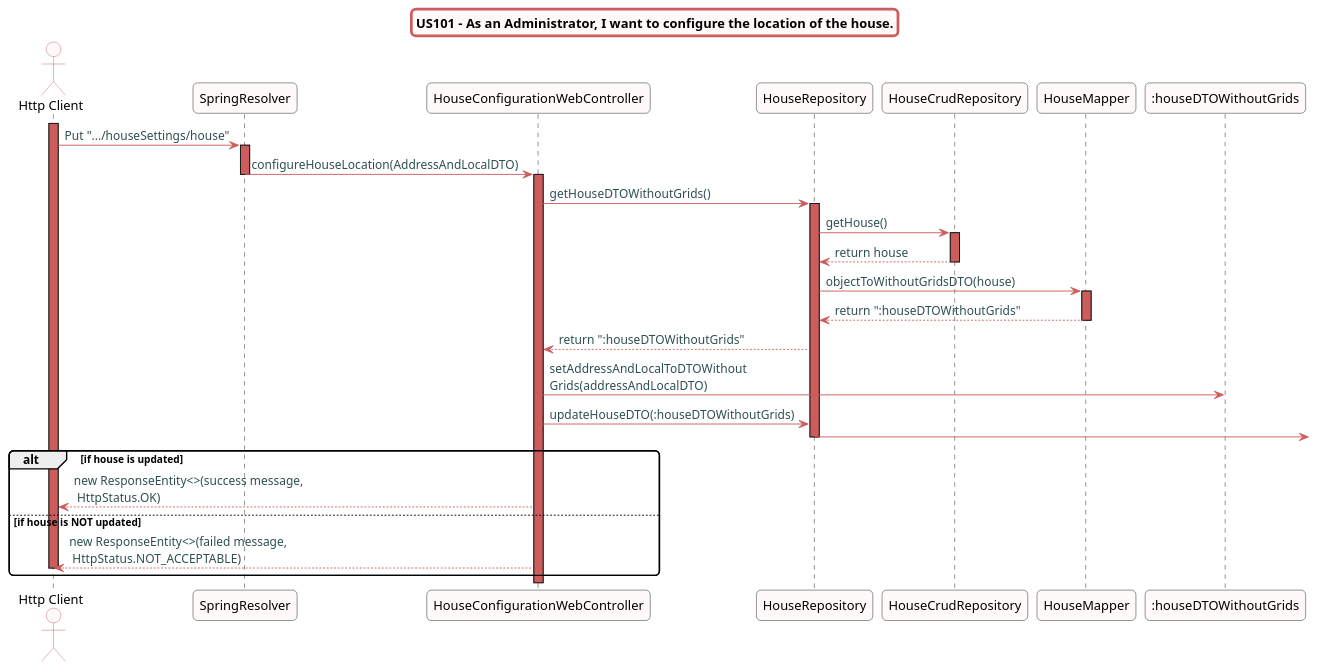
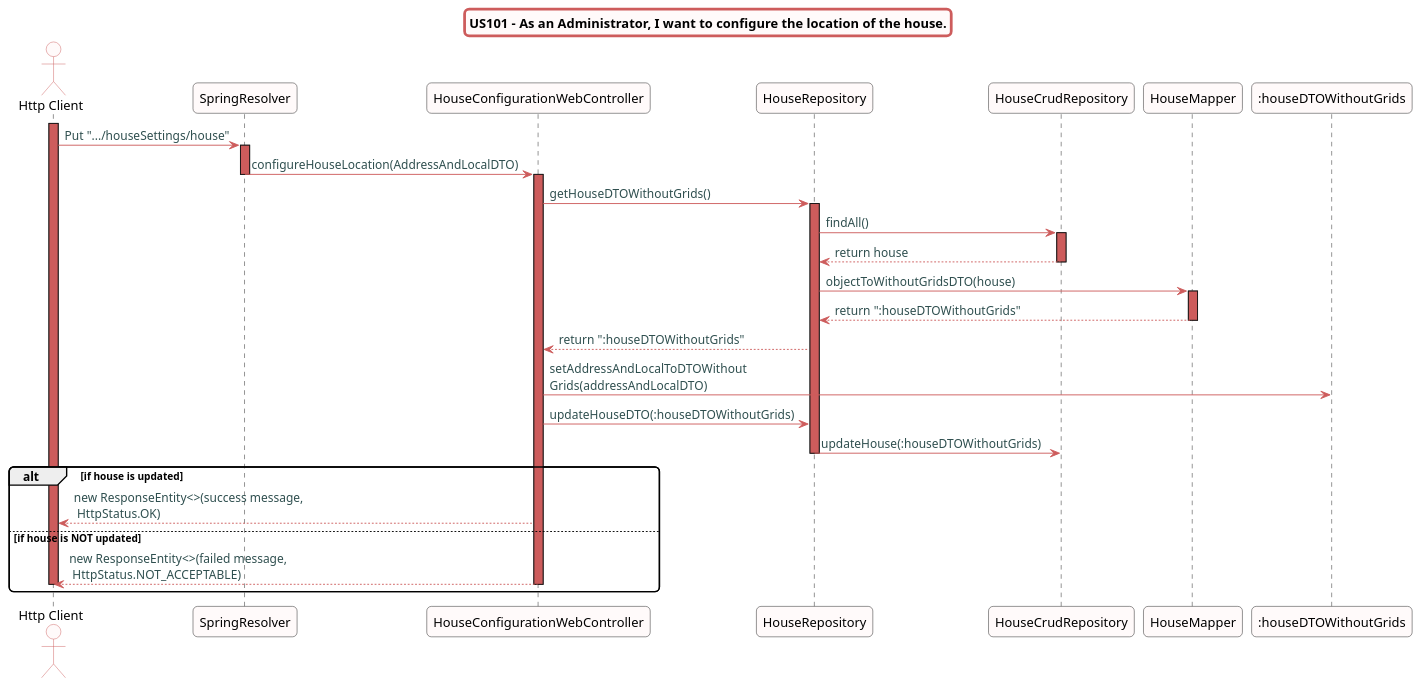
The diagram in src/doc/WEB_Controllers/HouseConfiguration/US101/US101_sd_HouseConfiguration.puml (Almadanmp/project), drawn with PlantUML before and after one commit. The commit also changed 1 other file, not shown here.

Commit message:
REF #360 #361 - updated diagrams.

```diff
--- a/src/doc/WEB_Controllers/HouseConfiguration/US101/US101_sd_HouseConfiguration.puml
+++ b/src/doc/WEB_Controllers/HouseConfiguration/US101/US101_sd_HouseConfiguration.puml
@@ -1,60 +1,60 @@
 @startuml
 
 skinparam titleBorderRoundCorner 10
 skinparam titleBorderThickness 3
 skinparam titleBorderColor indianred
 skinparam titleBackgroundColor snow
 skinparam FontName quicksand
 
 skinparam actor {
   BorderColor indianred
   backgroundColor Snow
   }
 
 skinparam sequence {
   LifeLineBackgroundColor indianred
   ParticipantBackgroundColor snow
 }
 
 skinparam roundcorner 10
 
 skinparam component {
   arrowThickness 1
   ArrowFontName Verdana
   ArrowColor indianred
   ArrowFontColor darkslategrey
 }
 
 title US101 - As an Administrator, I want to configure the location of the house.
 
 actor "Http Client"
 activate "Http Client"
 "Http Client" -> "SpringResolver":  Put ".../houseSettings/house"
 activate "SpringResolver"
 "SpringResolver" -> "HouseConfigurationWebController": configureHouseLocation(AddressAndLocalDTO)
 deactivate "SpringResolver"
 activate "HouseConfigurationWebController"
 "HouseConfigurationWebController" -> "HouseRepository": getHouseDTOWithoutGrids()
 activate "HouseRepository"
-"HouseRepository" -> "HouseCrudRepository": getHouse()
+"HouseRepository" -> "HouseCrudRepository": findAll()
 activate "HouseCrudRepository"
 "HouseCrudRepository" --> "HouseRepository": return house
 deactivate "HouseCrudRepository"
 "HouseRepository" -> "HouseMapper": objectToWithoutGridsDTO(house)
 activate "HouseMapper"
 "HouseMapper" --> "HouseRepository": return ":houseDTOWithoutGrids"
 deactivate "HouseMapper"
 "HouseRepository" --> "HouseConfigurationWebController": return ":houseDTOWithoutGrids"
 "HouseConfigurationWebController" -> ":houseDTOWithoutGrids":setAddressAndLocalToDTOWithout\nGrids(addressAndLocalDTO)
 "HouseConfigurationWebController" -> "HouseRepository": updateHouseDTO(:houseDTOWithoutGrids)
-"HouseRepository" ->
+"HouseRepository" -> "HouseCrudRepository": updateHouse(:houseDTOWithoutGrids)
 deactivate "HouseRepository"
 alt if house is updated
 "HouseConfigurationWebController" --> "Http Client": new ResponseEntity<>(success message,\n HttpStatus.OK)
 else if house is NOT updated
 "HouseConfigurationWebController" --> "Http Client": new ResponseEntity<>(failed message,\n HttpStatus.NOT_ACCEPTABLE)
-
+deactivate "HouseConfigurationWebController"
 deactivate "Http Client"
 end
 
 @enduml
```
